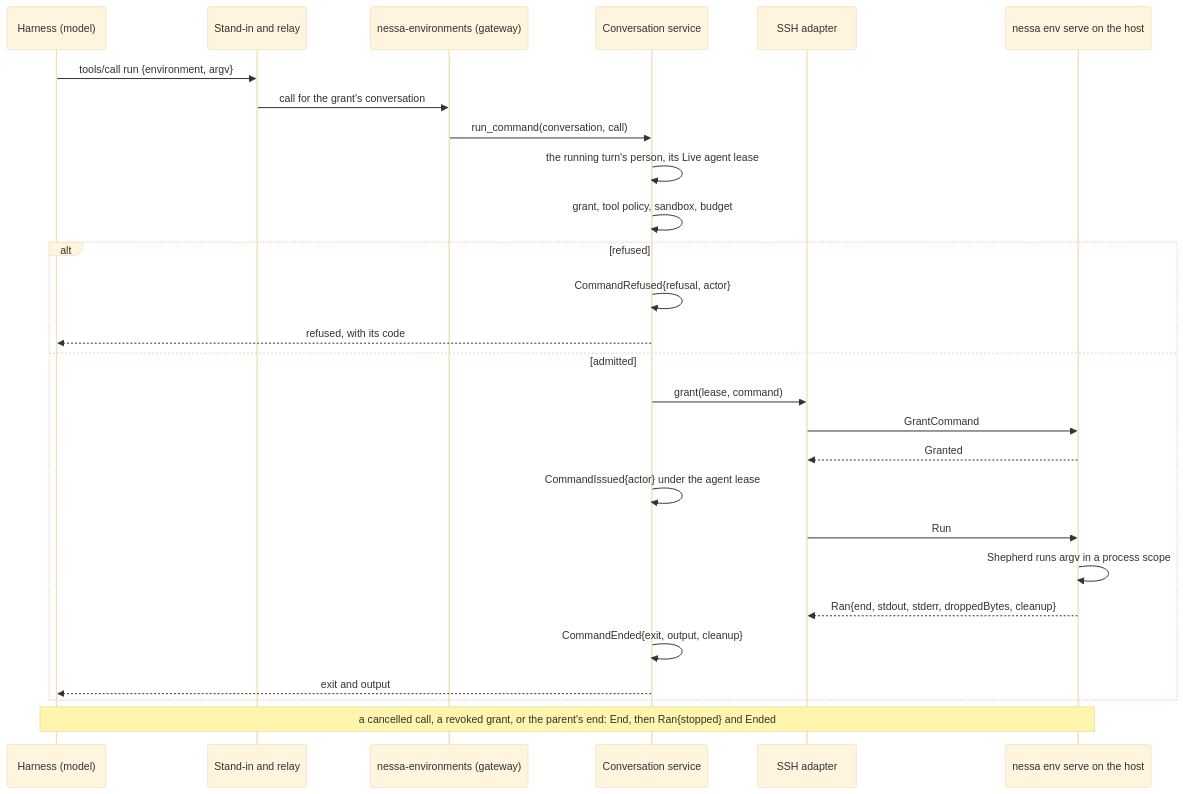
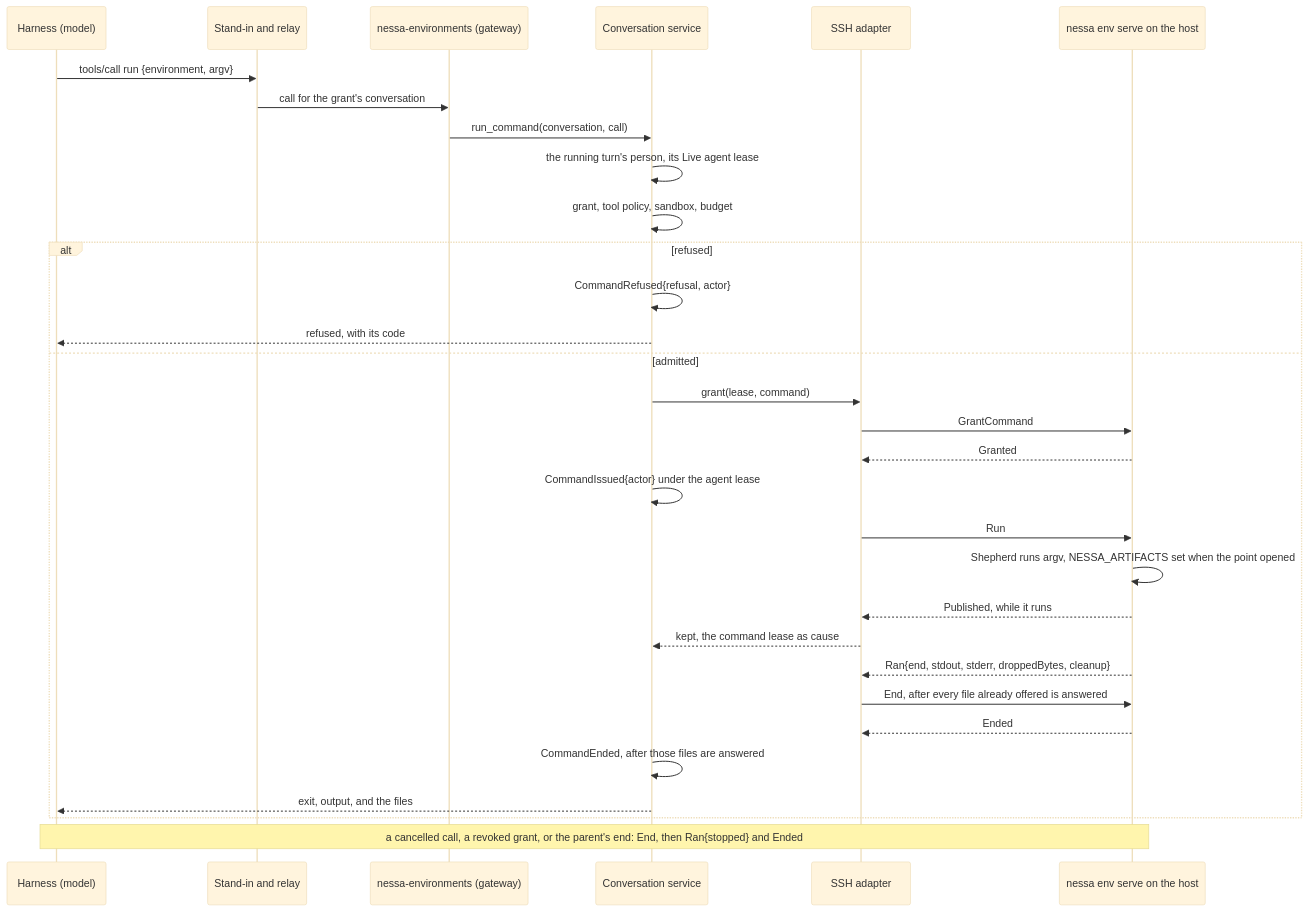
Before and after one commit to nessalabs/nessa-agent: the fourth of 10 diagrams in docs/design/runtime-architecture.md, drawn with Mermaid (base theme). The commit also changed other lines of this file and 20 other files, not shown here.

````diff
--- a/docs/design/runtime-architecture.md
+++ b/docs/design/runtime-architecture.md
@@ -616,29 +616,33 @@
 ```mermaid
 sequenceDiagram
     participant M as Harness (model)
     participant R as Stand-in and relay
     participant T as nessa-environments (gateway)
     participant C as Conversation service
     participant A as SSH adapter
     participant H as nessa env serve on the host
     M->>R: tools/call run {environment, argv}
     R->>T: call for the grant's conversation
     T->>C: run_command(conversation, call)
     C->>C: the running turn's person, its Live agent lease
     C->>C: grant, tool policy, sandbox, budget
     alt refused
         C->>C: CommandRefused{refusal, actor}
         C-->>M: refused, with its code
     else admitted
         C->>A: grant(lease, command)
         A->>H: GrantCommand
         H-->>A: Granted
         C->>C: CommandIssued{actor} under the agent lease
         A->>H: Run
-        H->>H: Shepherd runs argv in a process scope
+        H->>H: Shepherd runs argv, NESSA_ARTIFACTS set when the point opened
+        H-->>A: Published, while it runs
+        A-->>C: kept, the command lease as cause
         H-->>A: Ran{end, stdout, stderr, droppedBytes, cleanup}
-        C->>C: CommandEnded{exit, output, cleanup}
-        C-->>M: exit and output
+        A->>H: End, after every file already offered is answered
+        H-->>A: Ended
+        C->>C: CommandEnded, after those files are answered
+        C-->>M: exit, output, and the files
     end
     Note over M,H: a cancelled call, a revoked grant, or the parent's end: End, then Ran{stopped} and Ended
 ```
````
